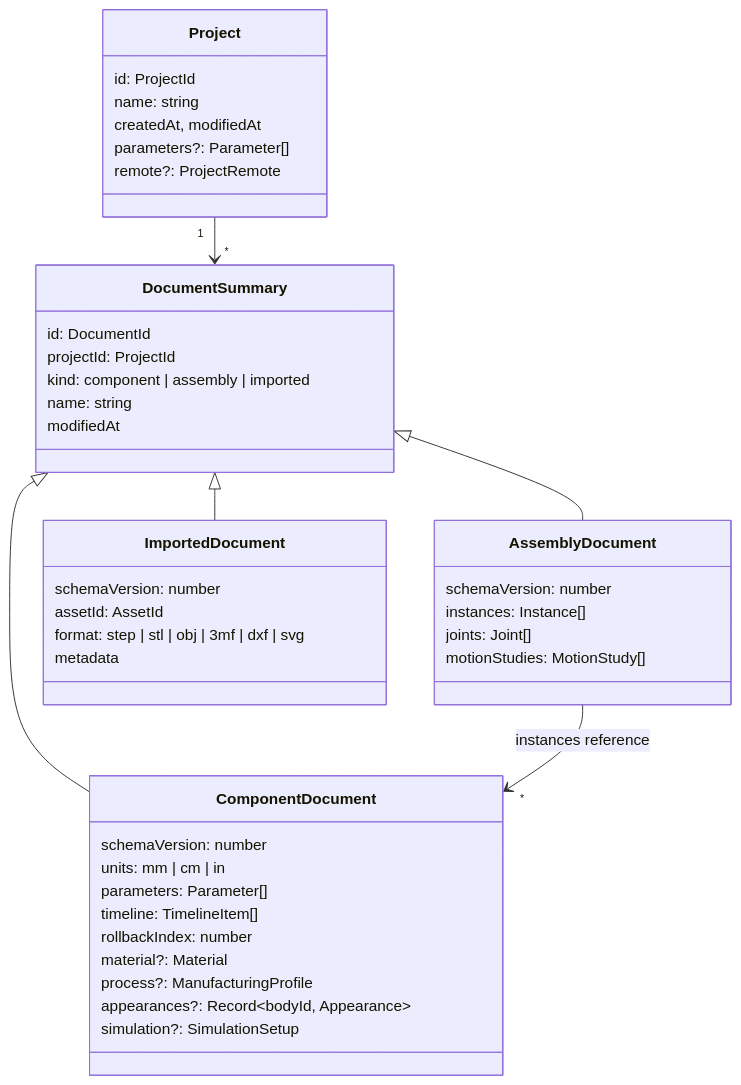
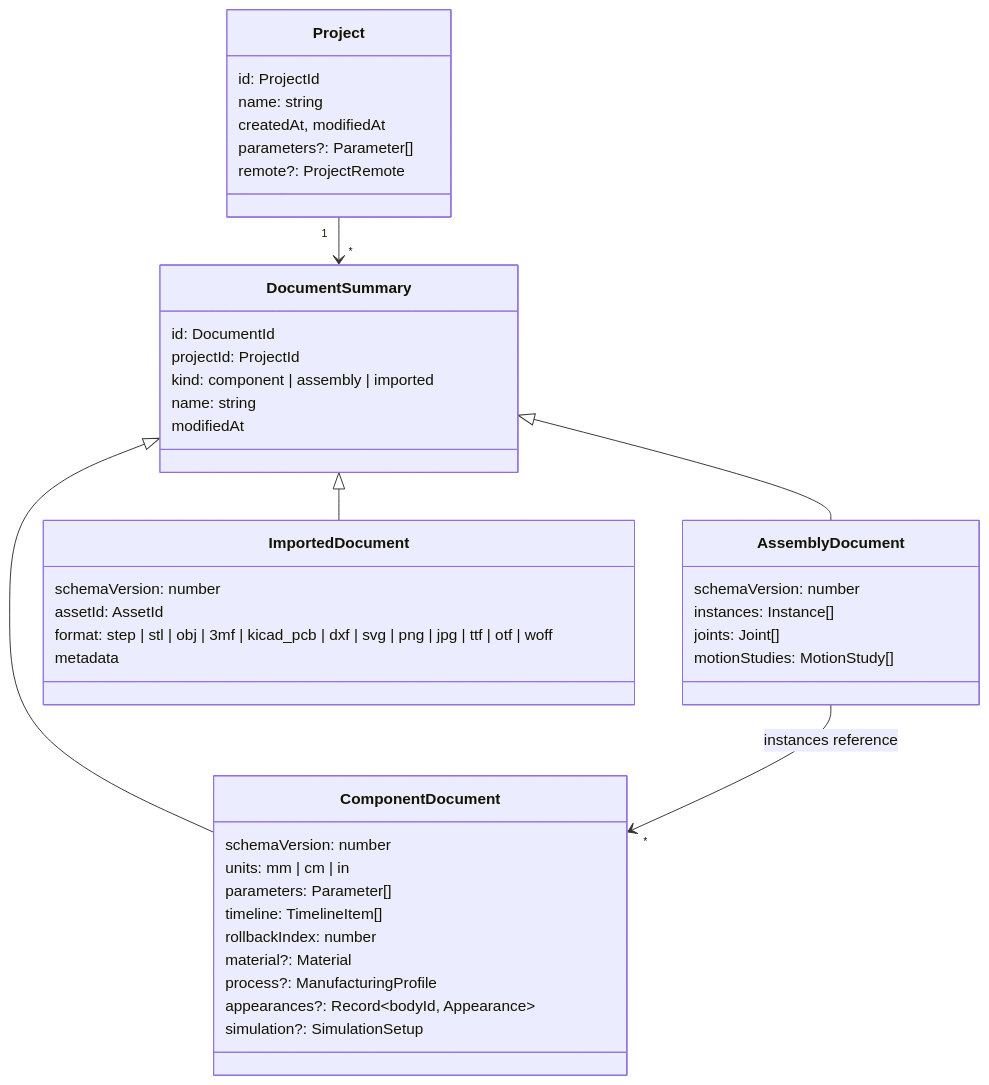
One commit to h3ll5ur7er/CADence changed the diagram in docs/Architecture/Document-model.md. Above: the diagram before and after it, drawn with Mermaid. The commit also changed other lines of this file and 42 other files, not shown here.

````diff
--- a/docs/Architecture/Document-model.md
+++ b/docs/Architecture/Document-model.md
@@ -9,45 +9,45 @@
 ```mermaid
 classDiagram
   class Project {
     id: ProjectId
     name: string
     createdAt, modifiedAt
     parameters?: Parameter[]
     remote?: ProjectRemote
   }
   class DocumentSummary {
     id: DocumentId
     projectId: ProjectId
     kind: component | assembly | imported
     name: string
     modifiedAt
   }
   class ComponentDocument {
     schemaVersion: number
     units: mm | cm | in
     parameters: Parameter[]
     timeline: TimelineItem[]
     rollbackIndex: number
     material?: Material
     process?: ManufacturingProfile
     appearances?: Record~bodyId, Appearance~
     simulation?: SimulationSetup
   }
   class AssemblyDocument {
     schemaVersion: number
     instances: Instance[]
     joints: Joint[]
     motionStudies: MotionStudy[]
   }
   class ImportedDocument {
     schemaVersion: number
     assetId: AssetId
-    format: step | stl | obj | 3mf | dxf | svg
+    format: step | stl | obj | 3mf | kicad_pcb | dxf | svg | png | jpg | ttf | otf | woff
     metadata
   }
   Project "1" --> "*" DocumentSummary
   DocumentSummary <|-- ComponentDocument
   DocumentSummary <|-- AssemblyDocument
   DocumentSummary <|-- ImportedDocument
   AssemblyDocument --> "*" ComponentDocument : instances reference
 ```
````
